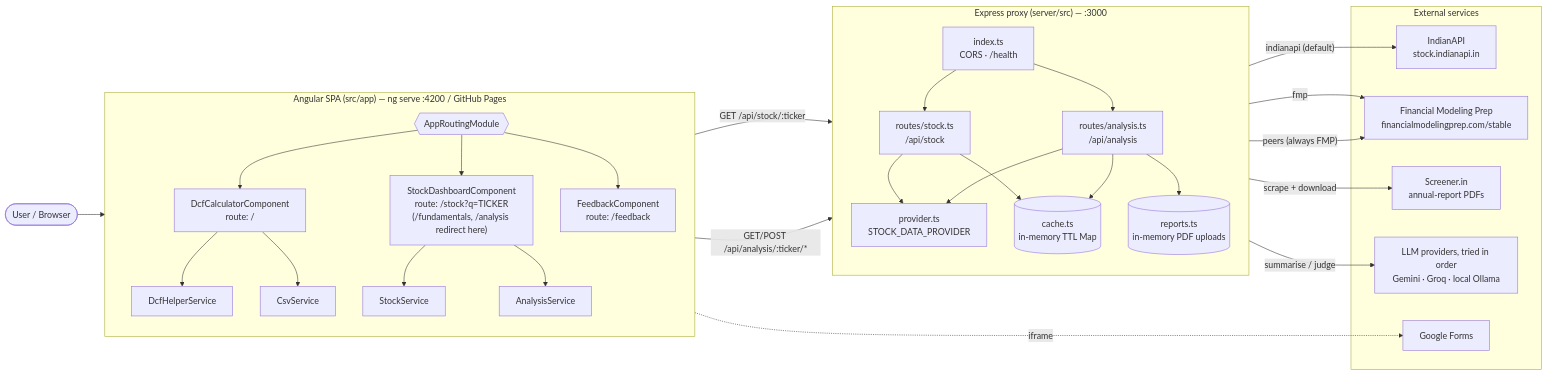
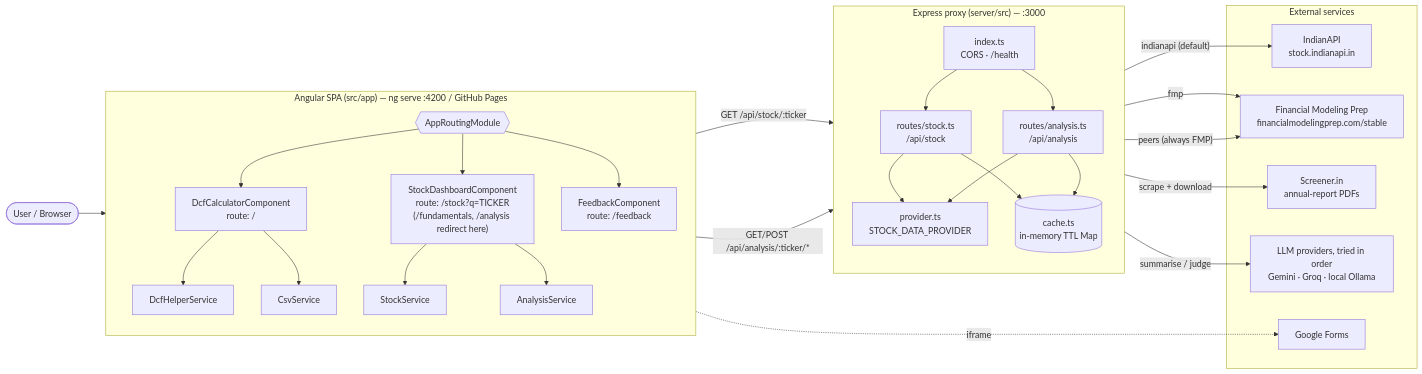
One commit to vigneshsn/dcf-stock-valuation changed the first of 5 diagrams in docs/architecture.md. Above: the diagram before and after it, drawn with Mermaid. The commit also changed other lines of this file and 17 other files, not shown here.

````diff
--- a/docs/architecture.md
+++ b/docs/architecture.md
@@ -7,58 +7,56 @@
 ```mermaid
 flowchart LR
     user([User / Browser])
 
     subgraph spa["Angular SPA (src/app) — ng serve :4200 / GitHub Pages"]
         direction TB
         router{{AppRoutingModule}}
         dcfc["DcfCalculatorComponent<br/>route: /"]
         dash["StockDashboardComponent<br/>route: /stock?q=TICKER<br/>(/fundamentals, /analysis redirect here)"]
         fb["FeedbackComponent<br/>route: /feedback"]
         helper["DcfHelperService"]
         export["CsvService"]
         stockSvc["StockService"]
         analysisSvc["AnalysisService"]
 
         router --> dcfc & dash & fb
         dcfc --> helper
         dcfc --> export
         dash --> stockSvc
         dash --> analysisSvc
     end
 
     subgraph server["Express proxy (server/src) — :3000"]
         direction TB
         idx["index.ts<br/>CORS · /health"]
         stockRoute["routes/stock.ts<br/>/api/stock"]
         analysisRoute["routes/analysis.ts<br/>/api/analysis"]
         provider["provider.ts<br/>STOCK_DATA_PROVIDER"]
         cache[("cache.ts<br/>in-memory TTL Map")]
-        uploads[("reports.ts<br/>in-memory PDF uploads")]
 
         idx --> stockRoute & analysisRoute
         stockRoute --> provider
         analysisRoute --> provider
         stockRoute --> cache
         analysisRoute --> cache
-        analysisRoute --> uploads
     end
 
     subgraph ext["External services"]
         indian["IndianAPI<br/>stock.indianapi.in"]
         fmp["Financial Modeling Prep<br/>financialmodelingprep.com/stable"]
         screener["Screener.in<br/>annual-report PDFs"]
         llmP["LLM providers, tried in order<br/>Gemini · Groq · local Ollama"]
         gforms["Google Forms"]
     end
 
     user --> router
     stockSvc -- "GET /api/stock/:ticker" --> stockRoute
     analysisSvc -- "GET/POST /api/analysis/:ticker/*" --> analysisRoute
     fb -. iframe .-> gforms
 
     provider -- "indianapi (default)" --> indian
     provider -- fmp --> fmp
     analysisRoute -- "peers (always FMP)" --> fmp
     analysisRoute -- "scrape + download" --> screener
     analysisRoute -- "summarise / judge" --> llmP
 ```
````
